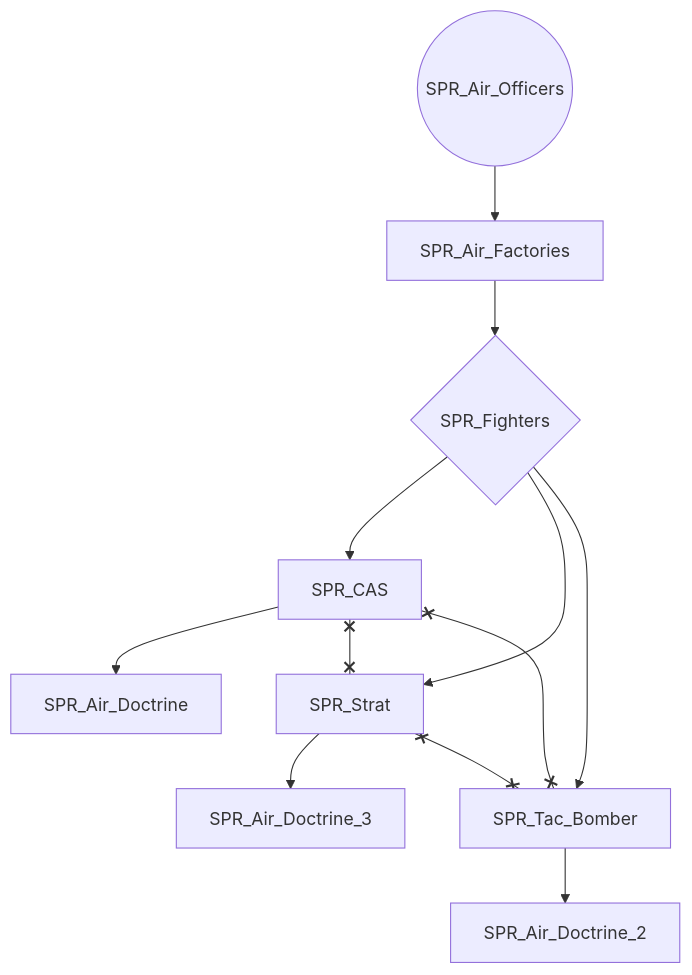
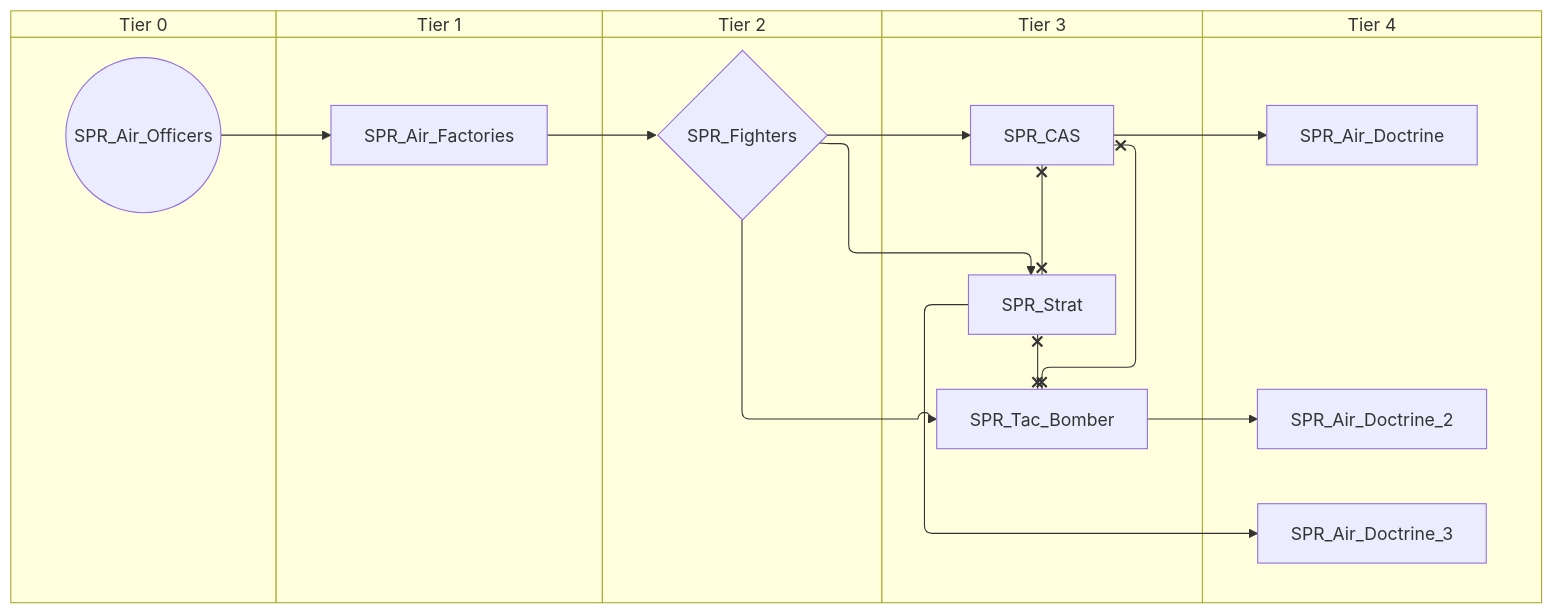
One commit to evgeny-sobol/hoi4-sandbox-mode-r56 changed the first of 6 diagrams in docs/gdd/National Focuses/r56_spain.md. Above: the diagram before and after it, drawn with Mermaid. The commit also changed other lines of this file and 423 other files, not shown here.

First line of the commit message:
Re-export Rt56 focus trees as swimlane diagrams

````diff
--- a/docs/gdd/National Focuses/r56_spain.md
+++ b/docs/gdd/National Focuses/r56_spain.md
@@ -3,23 +3,33 @@
 ```mermaid
-flowchart TD
-    n1["SPR_Air_Doctrine"]
-    n2["SPR_Air_Doctrine_2"]
-    n3["SPR_Air_Doctrine_3"]
-    n4["SPR_Air_Factories"]
-    n5(("SPR_Air_Officers"))
-    n6["SPR_CAS"]
-    n7{"SPR_Fighters"}
-    n8["SPR_Strat"]
-    n9["SPR_Tac_Bomber"]
-    n6 --> n1
-    n9 --> n2
-    n8 --> n3
-    n5 --> n4
-    n7 --> n6
+swimlane-beta TD
+    subgraph tier_0["Tier 0"]
+        n1(("SPR_Air_Officers"))
+    end
+    subgraph tier_1["Tier 1"]
+        n2["SPR_Air_Factories"]
+    end
+    subgraph tier_2["Tier 2"]
+        n3{"SPR_Fighters"}
+    end
+    subgraph tier_3["Tier 3"]
+        n4["SPR_CAS"]
+        n5["SPR_Strat"]
+        n6["SPR_Tac_Bomber"]
+    end
+    subgraph tier_4["Tier 4"]
+        n7["SPR_Air_Doctrine"]
+        n8["SPR_Air_Doctrine_2"]
+        n9["SPR_Air_Doctrine_3"]
+    end
     n4 --> n7
-    n7 --> n8
-    n7 --> n9
-    n6 x--x n8
-    n6 x--x n9
-    n8 x--x n9
+    n6 --> n8
+    n5 --> n9
+    n1 --> n2
+    n3 --> n4
+    n2 --> n3
+    n3 --> n5
+    n3 --> n6
+    n4 x--x n5
+    n4 x--x n6
+    n5 x--x n6
 ```
````
